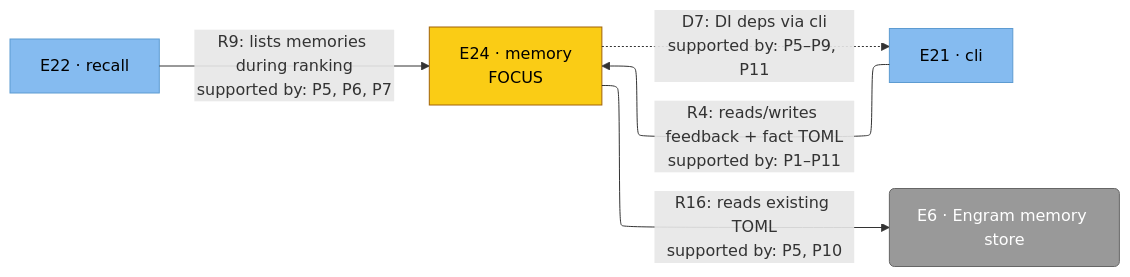
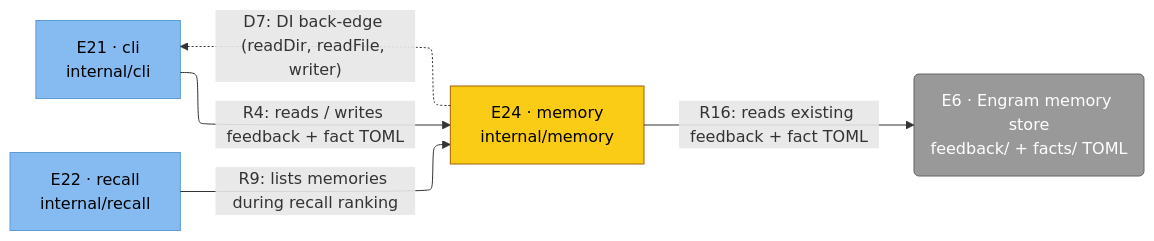
The diagram in architecture/c4/svg/c4-memory.mmd (toejough/engram), drawn with Mermaid before and after one commit. The commit also changed 78 other files, not shown here.

```diff
--- a/architecture/c4/svg/c4-memory.mmd
+++ b/architecture/c4/svg/c4-memory.mmd
@@ -1,19 +1,21 @@
 %%{init: {'flowchart': {'defaultRenderer': 'elk'}}}%%
 flowchart LR
-    classDef external fill:#999,stroke:#666,color:#fff
-    classDef component fill:#85bbf0,stroke:#5d9bd1,color:#000
-    classDef focus     fill:#facc15,stroke:#a16207,color:#000
+    classDef person      fill:#08427b,stroke:#052e56,color:#fff
+    classDef external    fill:#999,   stroke:#666,   color:#fff
+    classDef container   fill:#1168bd,stroke:#0b4884,color:#fff
+    classDef component   fill:#85bbf0,stroke:#5d9bd1,color:#000
+    classDef focus       fill:#facc15,stroke:#a16207,color:#000
 
-    e21[E21 · cli]
-    e22[E22 · recall]
-    e24[E24 · memory<br/>FOCUS]
-    e6(E6 · Engram memory store)
+    e24["E24 · memory<br/>internal/memory"]
+    e21["E21 · cli<br/>internal/cli"]
+    e22["E22 · recall<br/>internal/recall"]
+    e6("E6 · Engram memory store<br/>feedback/ + facts/ TOML")
 
-    e21 -->|"R4: reads/writes feedback + fact TOML<br/>supported by: P1–P11"| e24
-    e22 -->|"R9: lists memories during ranking<br/>supported by: P5, P6, P7"| e24
-    e24 -->|"R16: reads existing TOML<br/>supported by: P5, P10"| e6
-    e24 -.->|"D7: DI deps via cli<br/>supported by: P5–P9, P11"| e21
+    e21 -->|"R4: reads / writes feedback + fact TOML"| e24
+    e22 -->|"R9: lists memories during recall ranking"| e24
+    e24 -->|"R16: reads existing feedback + fact TOML"| e6
+    e24 -.->|"D7: DI back-edge (readDir, readFile, writer)"| e21
 
     class e6 external
     class e21,e22 component
     class e24 focus
```
